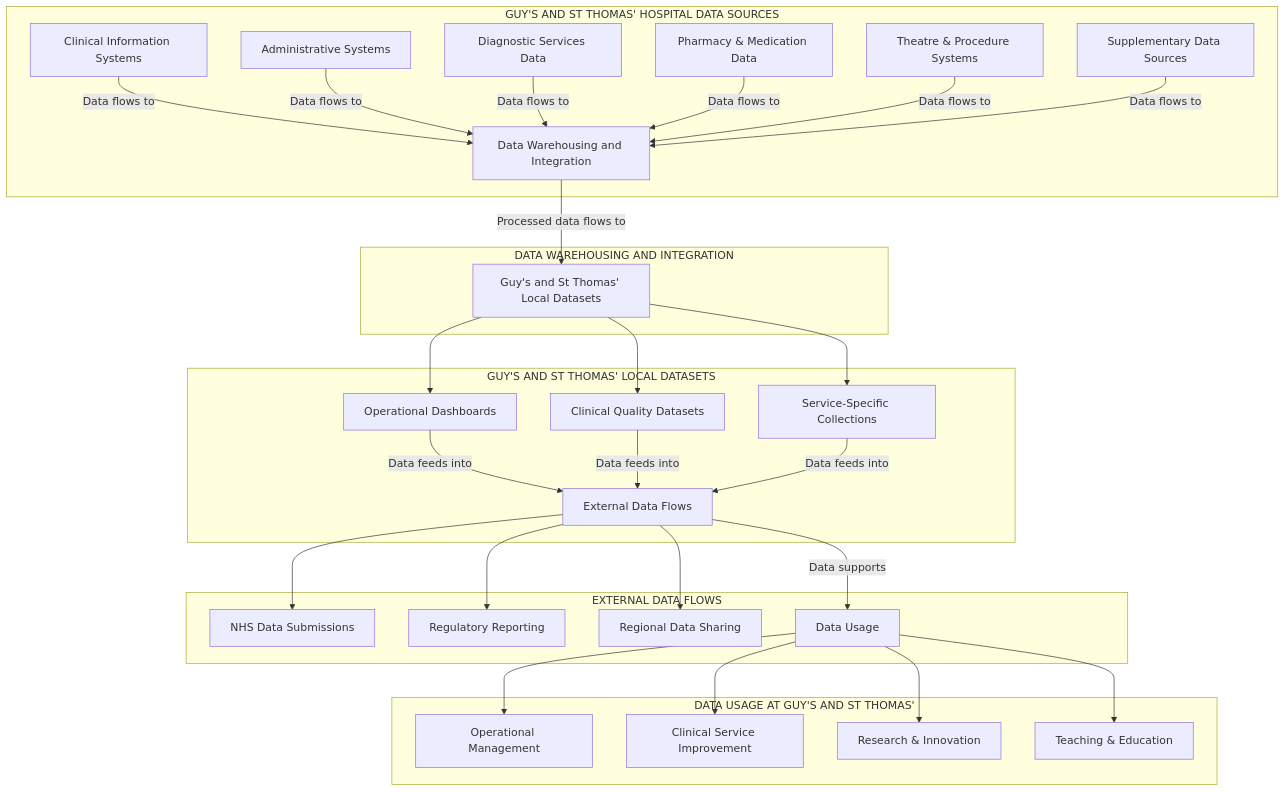
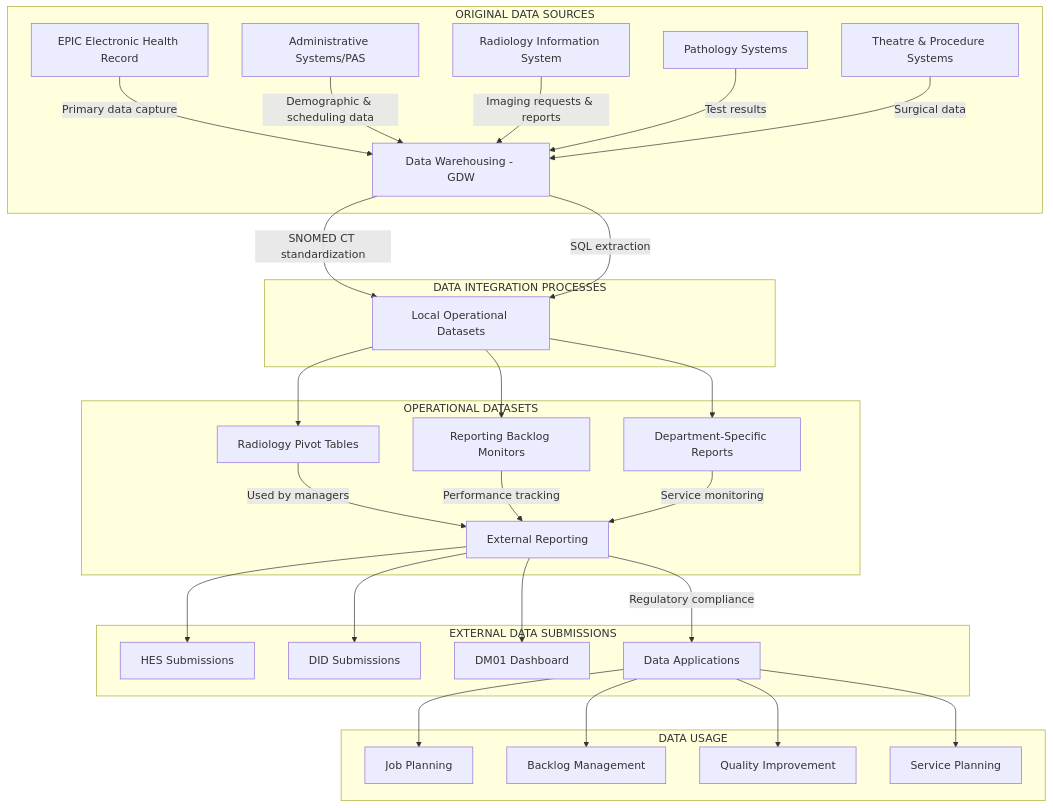
Before and after one commit to EStyli/Clinical-Informatics: the diagram in S1_Data_Science_Engineering/TA1_OpData_Flow_Diagram.md, drawn with Mermaid. The commit also changed other lines of this file, not shown here.

````diff
--- a/S1_Data_Science_Engineering/TA1_OpData_Flow_Diagram.md
+++ b/S1_Data_Science_Engineering/TA1_OpData_Flow_Diagram.md
@@ -57,38 +66,38 @@
 ```mermaid
 graph TD
-    subgraph "GUY'S AND ST THOMAS' HOSPITAL DATA SOURCES"
-        A1[Clinical Information Systems] --> |Data flows to| D[Data Warehousing and Integration]
-        A2[Administrative Systems] --> |Data flows to| D
-        A3[Diagnostic Services Data] --> |Data flows to| D
-        A4[Pharmacy & Medication Data] --> |Data flows to| D
-        A5[Theatre & Procedure Systems] --> |Data flows to| D
-        A6[Supplementary Data Sources] --> |Data flows to| D
+    subgraph "ORIGINAL DATA SOURCES"
+        A1[EPIC Electronic Health Record] --> |Primary data capture| D[Data Warehousing - GDW]
+        A2[Administrative Systems/PAS] --> |Demographic & scheduling data| D
+        A3[Radiology Information System] --> |Imaging requests & reports| D
+        A4[Pathology Systems] --> |Test results| D
+        A5[Theatre & Procedure Systems] --> |Surgical data| D
     end
 
-    subgraph "DATA WAREHOUSING AND INTEGRATION"
-        D --> |Processed data flows to| E[Guy's and St Thomas' Local Datasets]
+    subgraph "DATA INTEGRATION PROCESSES"
+        D --> |SNOMED CT standardization| E[Local Operational Datasets]
+        D --> |SQL extraction| E
     end
 
-    subgraph "GUY'S AND ST THOMAS' LOCAL DATASETS"
-        E --> E1[Operational Dashboards]
-        E --> E2[Clinical Quality Datasets]
-        E --> E3[Service-Specific Collections]
-        E1 --> |Data feeds into| F[External Data Flows]
-        E2 --> |Data feeds into| F
-        E3 --> |Data feeds into| F
+    subgraph "OPERATIONAL DATASETS"
+        E --> E1[Radiology Pivot Tables]
+        E --> E2[Reporting Backlog Monitors]
+        E --> E3[Department-Specific Reports]
+        E1 --> |Used by managers| F[External Reporting]
+        E2 --> |Performance tracking| F
+        E3 --> |Service monitoring| F
     end
 
-    subgraph "EXTERNAL DATA FLOWS"
-        F --> F1[NHS Data Submissions]
-        F --> F2[Regulatory Reporting]
-        F --> F3[Regional Data Sharing]
-        F --> |Data supports| G[Data Usage]
+    subgraph "EXTERNAL DATA SUBMISSIONS"
+        F --> F1[HES Submissions]
+        F --> F2[DID Submissions]
+        F --> F3[DM01 Dashboard]
+        F --> |Regulatory compliance| G[Data Applications]
     end
 
-    subgraph "DATA USAGE AT GUY'S AND ST THOMAS'"
-        G --> G1[Operational Management]
-        G --> G2[Clinical Service Improvement]
-        G --> G3[Research & Innovation]
-        G --> G4[Teaching & Education]
+    subgraph "DATA USAGE"
+        G --> G1[Job Planning]
+        G --> G2[Backlog Management]
+        G --> G3[Quality Improvement]
+        G --> G4[Service Planning]
     end
 ```
````
